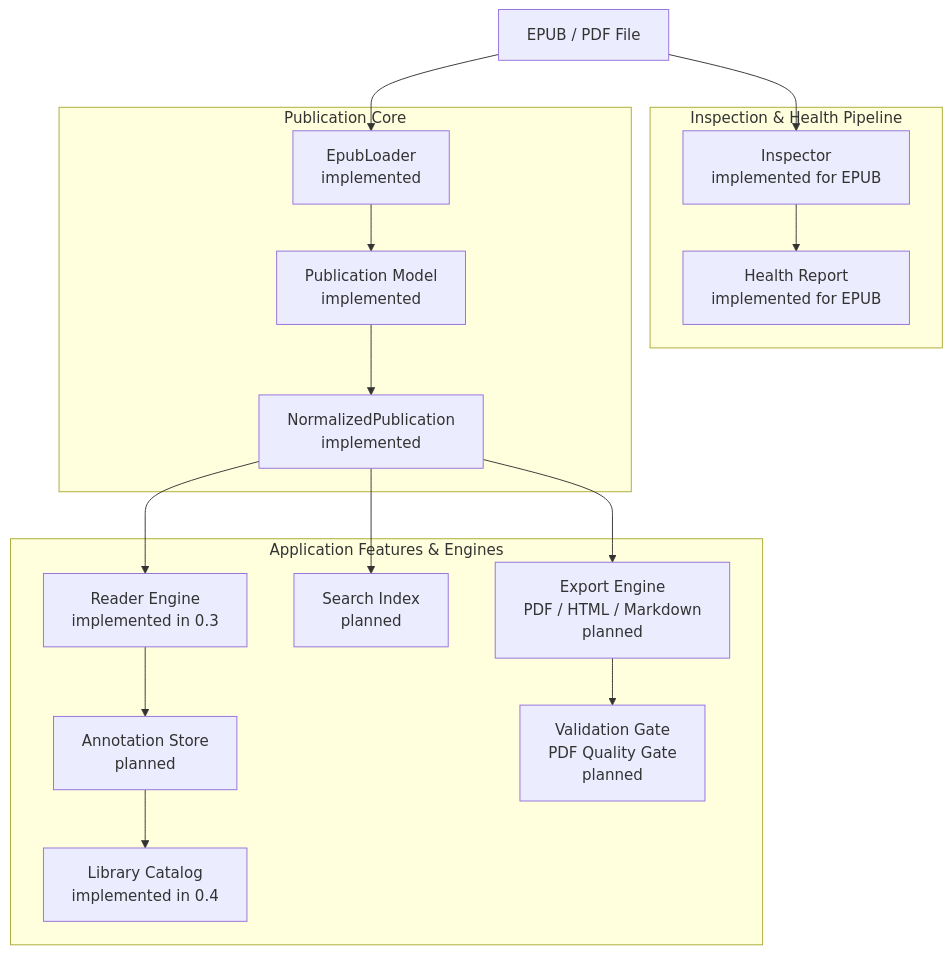
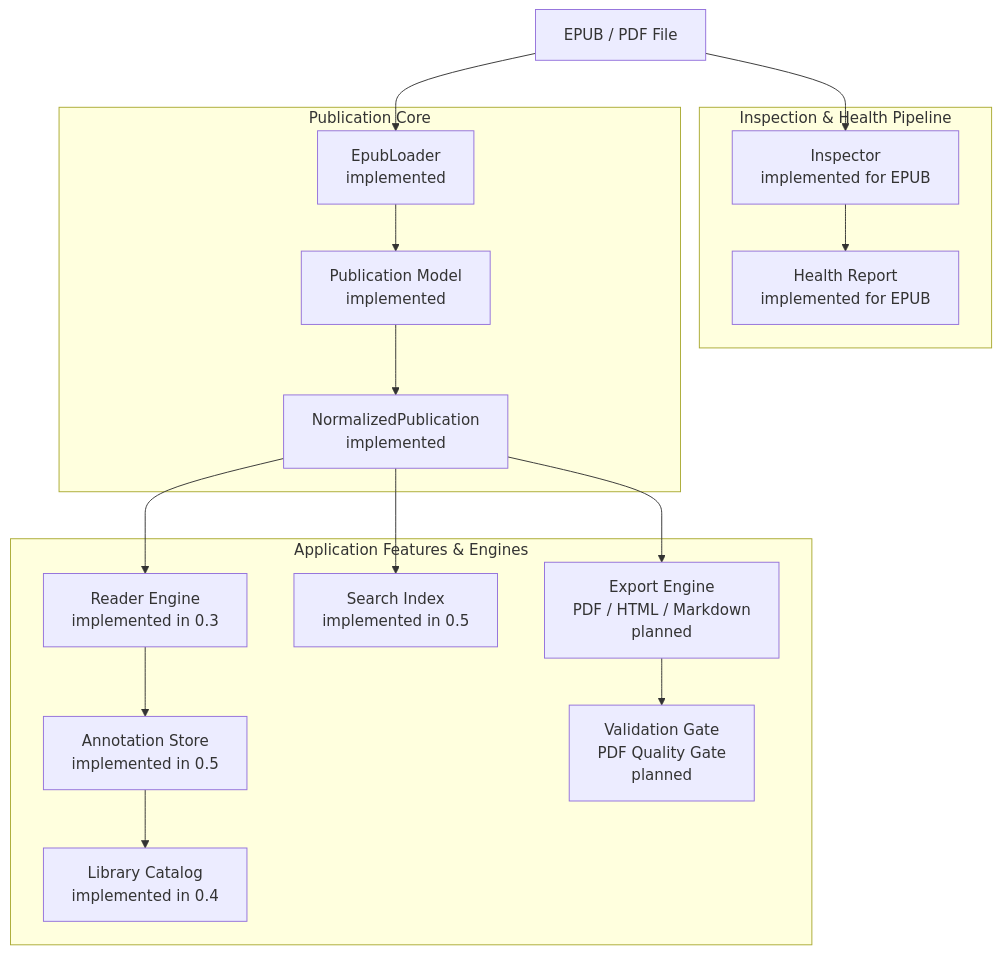
Before and after one commit to bosatsu25/ReflowPress: the first of 7 diagrams in docs/architecture.md, drawn with Mermaid. The commit also changed other lines of this file and 5 other files, not shown here.

Commit message:
docs: synchronize roadmap, architecture, and requirements for Milestone 0.6

````diff
--- a/docs/architecture.md
+++ b/docs/architecture.md
@@ -11,34 +11,34 @@
 ```mermaid
 flowchart TD
     SOURCE[EPUB / PDF File]
 
     subgraph INSP_SUB[Inspection & Health Pipeline]
         INSPECTOR[Inspector<br/>implemented for EPUB]
         HEALTH[Health Report<br/>implemented for EPUB]
     end
 
     subgraph CORE_SUB[Publication Core]
         LOADER[EpubLoader<br/>implemented]
         PUB_MODEL[Publication Model<br/>implemented]
         NORMALIZED[NormalizedPublication<br/>implemented]
     end
 
     subgraph CONSUMER_SUB[Application Features & Engines]
         READER[Reader Engine<br/>implemented in 0.3]
-        ANNOTATION[Annotation Store<br/>planned]
+        ANNOTATION[Annotation Store<br/>implemented in 0.5]
         LIBRARY[Library Catalog<br/>implemented in 0.4]
-        SEARCH[Search Index<br/>planned]
+        SEARCH[Search Index<br/>implemented in 0.5]
         EXPORT[Export Engine<br/>PDF / HTML / Markdown<br/>planned]
         VALIDATION[Validation Gate<br/>PDF Quality Gate<br/>planned]
     end
 
     SOURCE --> INSPECTOR --> HEALTH
     SOURCE --> LOADER --> PUB_MODEL --> NORMALIZED
 
     NORMALIZED --> READER
     READER --> ANNOTATION
     ANNOTATION --> LIBRARY
     NORMALIZED --> SEARCH
     NORMALIZED --> EXPORT
     EXPORT --> VALIDATION
 ```
````
